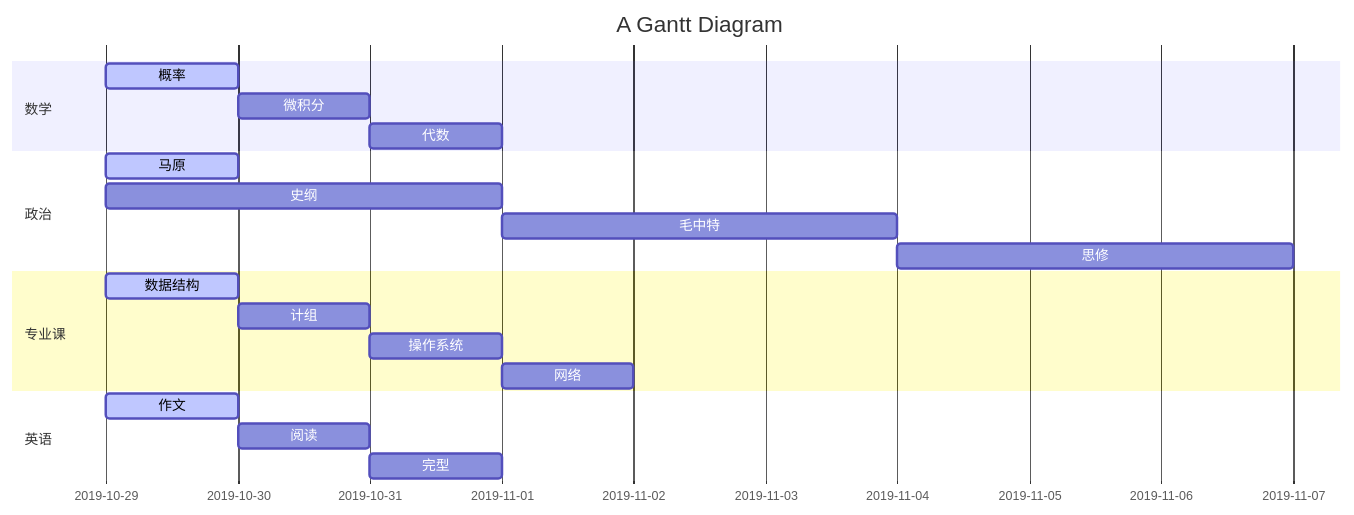
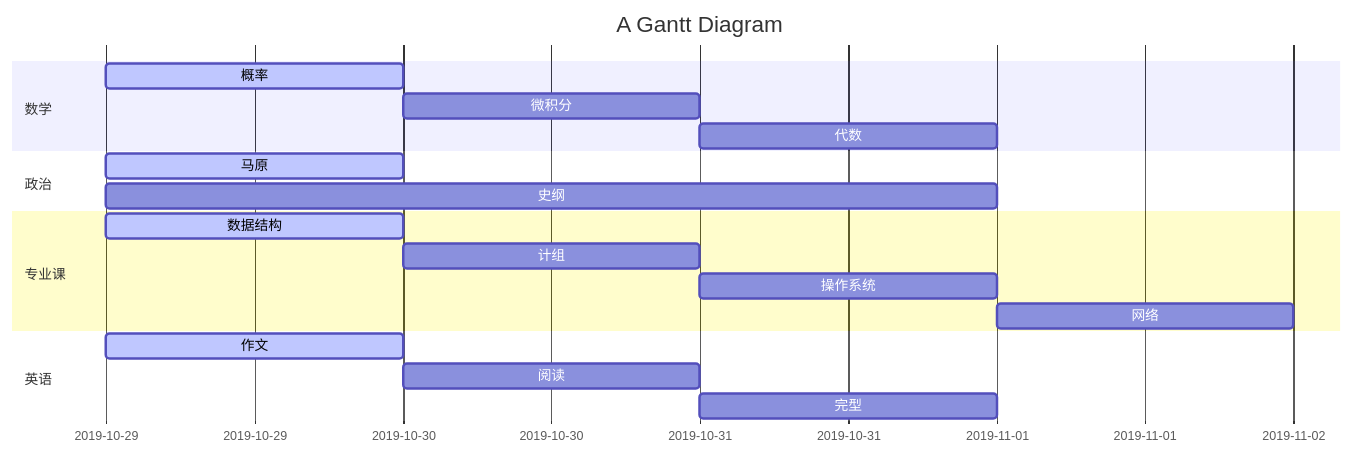
The diagram in plan.md (ZhangMingShuo/ZhangMingShuo.github.io), drawn with Mermaid before and after one commit.

````diff
--- a/plan.md
+++ b/plan.md
@@ -2,23 +2,21 @@
 ```mermaid,autorun
   gantt
     title A Gantt Diagram
     dateFormat  YYYY-MM-DD
     section 数学
     概率:active,m1,2019-10-29,1d
     微积分:m2,after m1,1d
     代数:m3,after m2,1d
     section 政治
     马原           :active,a1, 2019-10-29, 1d
     史纲     :a2, 2019-10-29  , 3d
-    毛中特 : a3,after a2,3d  
-    思修 :a4,after a3,3d  
     section 专业课
     数据结构      :active,c1,2019-10-29 , 1d
     计组      :c2,after c1  , 1d
     操作系统: c3,after c2,1d
     网络 :c4,after c3,1d
     section 英语
     作文:active,e1,2019-10-29,1d
     阅读:e2,after e1,1d
     完型:e3,after e2,1d
 ```
````
